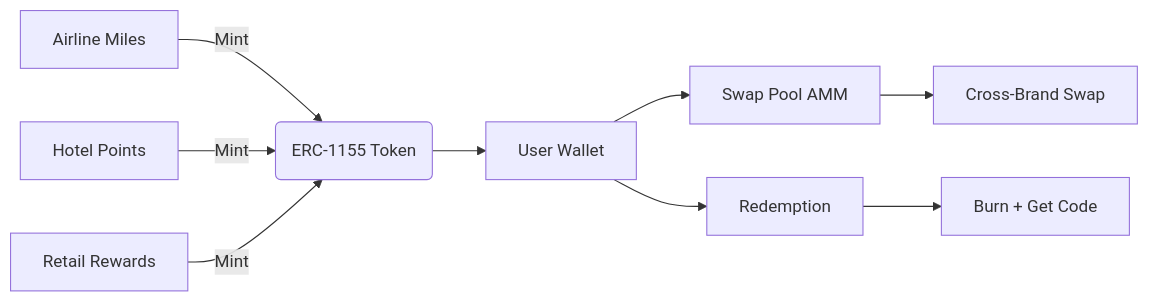
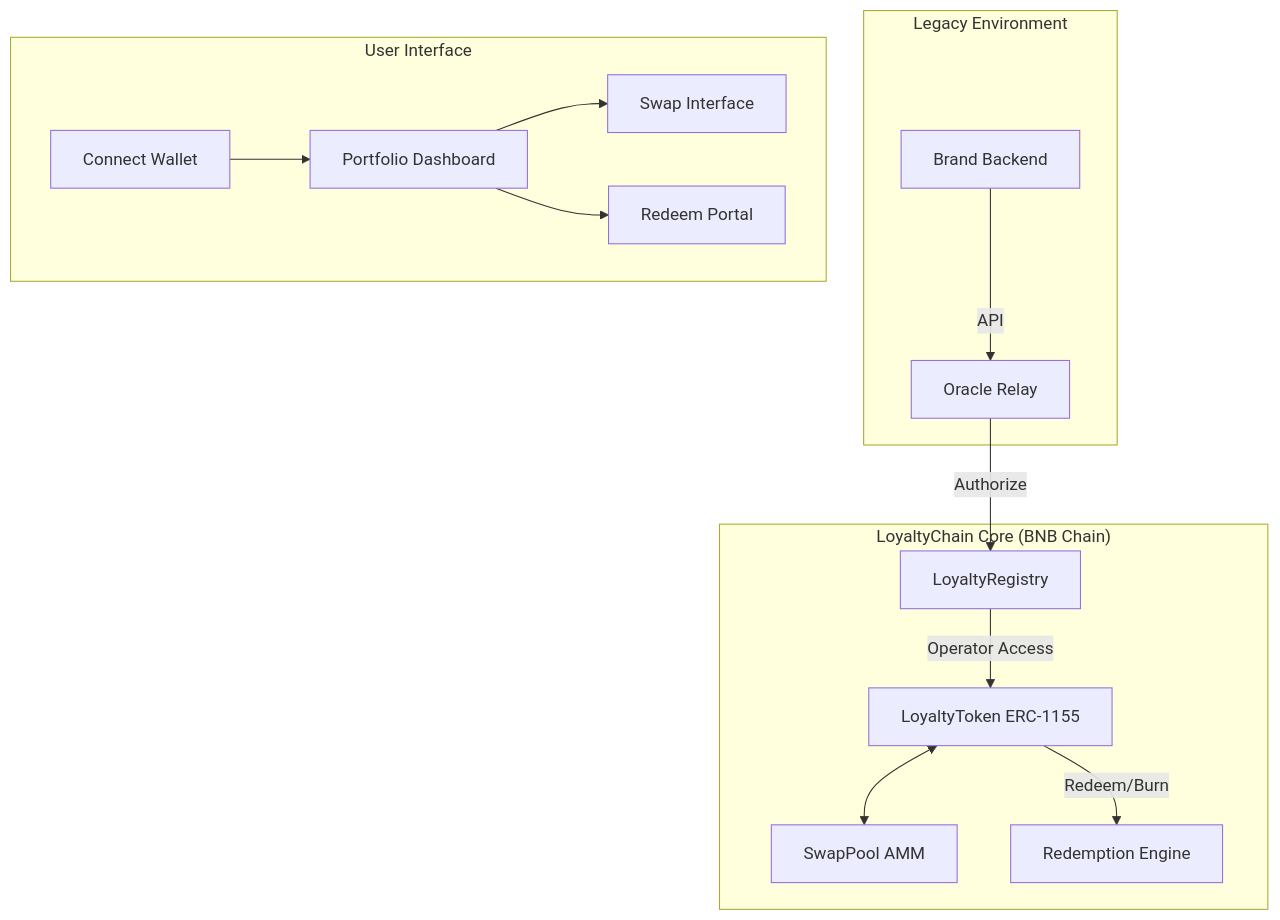
Before and after one commit to Shikhyy/LoyaltyChain: the diagram in README.md, drawn with Mermaid. The commit also changed other lines of this file and 10 other files, not shown here.

````diff
--- a/README.md
+++ b/README.md
@@ -44,12 +45,19 @@
 ```mermaid
-graph LR
-    A[Airline Miles] -->|Mint| B(ERC-1155 Token)
-    C[Hotel Points] -->|Mint| B
-    D[Retail Rewards] -->|Mint| B
-    
-    B --> E[User Wallet]
-    E --> F[Swap Pool AMM]
-    F --> G[Cross-Brand Swap]
-    E --> H[Redemption]
-    H --> I[Burn + Get Code]
+graph TD
+    subgraph "Legacy Environment"
+        A[Brand Backend] -->|API| B[Oracle Relay]
+    end
+
+    subgraph "LoyaltyChain Core (BNB Chain)"
+        B -->|Authorize| C[LoyaltyRegistry]
+        C -->|Operator Access| D[LoyaltyToken ERC-1155]
+        D <--> E[SwapPool AMM]
+        D -->|Redeem/Burn| F[Redemption Engine]
+    end
+
+    subgraph "User Interface"
+        G[Connect Wallet] --> H[Portfolio Dashboard]
+        H --> I[Swap Interface]
+        H --> J[Redeem Portal]
+    end
 ```
````
